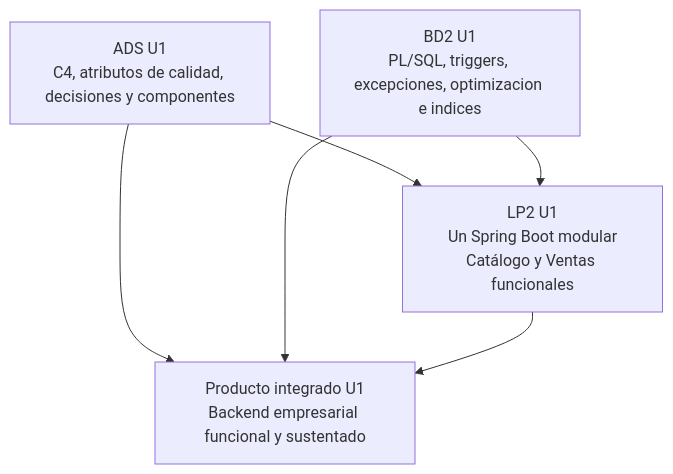
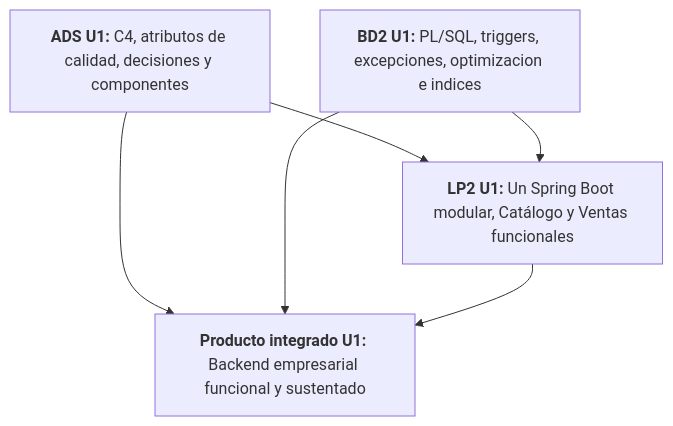
One commit to 262ciclo4/bomerp changed the first of 2 diagrams in docs/proyecto-integrador/u1/index.md. Above: the diagram before and after it, drawn with Mermaid. The commit also changed 1 other file, not shown here.

````diff
--- a/docs/proyecto-integrador/u1/index.md
+++ b/docs/proyecto-integrador/u1/index.md
@@ -35,13 +35,13 @@
 ```mermaid
 flowchart TB
-    A[ADS U1<br/>C4, atributos de calidad, decisiones y componentes]
-    B[BD2 U1<br/>PL/SQL, triggers, excepciones, optimizacion e indices]
-    C[LP2 U1<br/>Un Spring Boot modular<br/>Catálogo y Ventas funcionales]
-    D[Producto integrado U1<br/>Backend empresarial funcional y sustentado]
+    A["`**ADS U1:** C4, atributos de calidad, decisiones y componentes`"]
+    B["`**BD2 U1:** PL/SQL, triggers, excepciones, optimizacion e indices`"]
+    C["`**LP2 U1:** Un Spring Boot modular, Catálogo y Ventas funcionales`"]
+    D["`**Producto integrado U1:** Backend empresarial funcional y sustentado`"]
 
     A --> C
     A --> D
     B --> C
     B --> D
     C --> D
 ```
````
